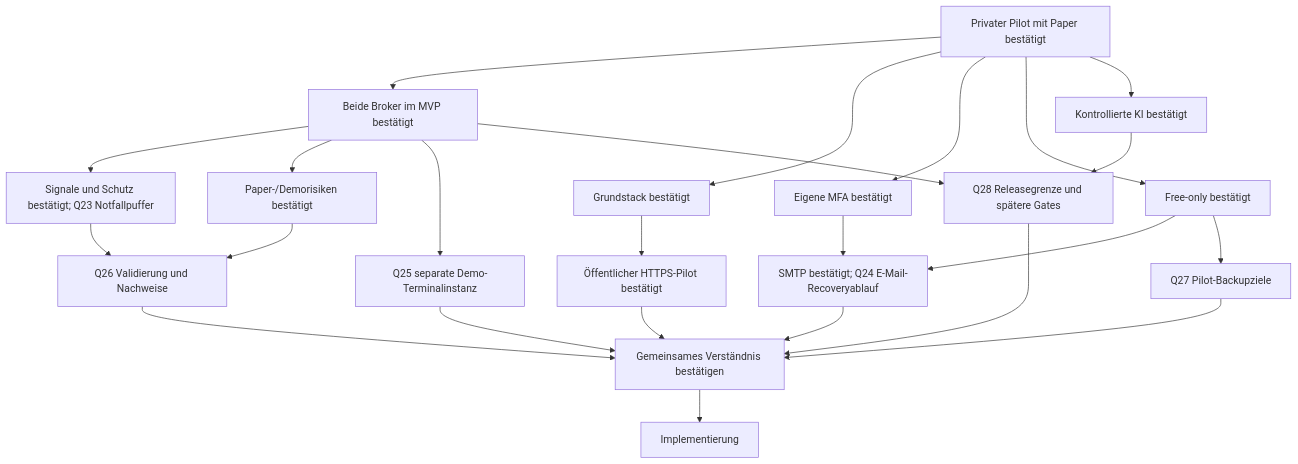
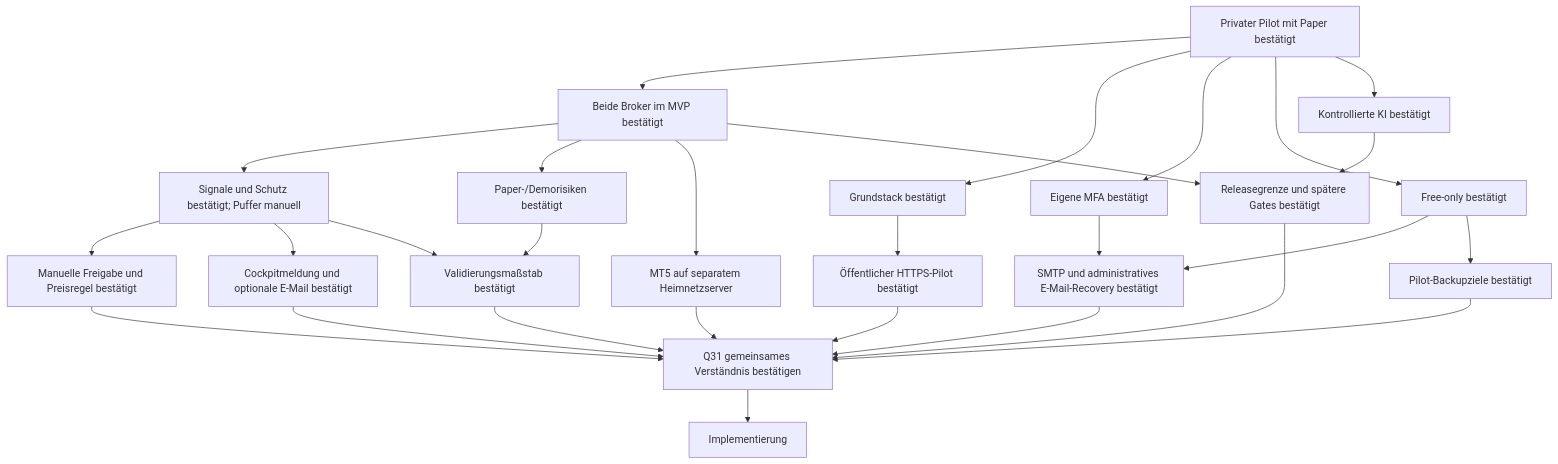
One commit to cadm-balzer/Investalo_Trading-Platform changed the diagram in docs/interview.md. Above: the diagram before and after it, drawn with Mermaid. The commit also changed other lines of this file and 25 other files, not shown here.

````diff
--- a/docs/interview.md
+++ b/docs/interview.md
@@ -95,26 +124,30 @@
 ```mermaid
 flowchart TD
   ROOT[Privater Pilot mit Paper bestätigt] --> MARKET[Beide Broker im MVP bestätigt]
   ROOT --> STACK[Grundstack bestätigt]
   ROOT --> LOGIN[Eigene MFA bestätigt]
   ROOT --> COST[Free-only bestätigt]
   ROOT --> AI[Kontrollierte KI bestätigt]
-  MARKET --> RULES[Signale und Schutz bestätigt; Q23 Notfallpuffer]
+  MARKET --> RULES[Signale und Schutz bestätigt; Puffer manuell]
+  RULES --> MANUAL[Manuelle Freigabe und Preisregel bestätigt]
+  RULES --> ALERT[Cockpitmeldung und optionale E-Mail bestätigt]
   MARKET --> ACCOUNT[Paper-/Demorisiken bestätigt]
-  RULES --> VALID[Q26 Validierung und Nachweise]
+  RULES --> VALID[Validierungsmaßstab bestätigt]
   ACCOUNT --> VALID
   STACK --> DEPLOY[Öffentlicher HTTPS-Pilot bestätigt]
-  LOGIN --> PROVIDER[SMTP bestätigt; Q24 E-Mail-Recoveryablauf]
+  LOGIN --> PROVIDER[SMTP und administratives E-Mail-Recovery bestätigt]
   COST --> PROVIDER
-  COST --> BACKUP[Q27 Pilot-Backupziele]
-  MARKET --> TERMINAL[Q25 separate Demo-Terminalinstanz]
-  AI --> SCOPE[Q28 Releasegrenze und spätere Gates]
+  COST --> BACKUP[Pilot-Backupziele bestätigt]
+  MARKET --> TERMINAL[MT5 auf separatem Heimnetzserver]
+  AI --> SCOPE[Releasegrenze und spätere Gates bestätigt]
   MARKET --> SCOPE
-  VALID --> AGREEMENT[Gemeinsames Verständnis bestätigen]
+  VALID --> AGREEMENT[Q31 gemeinsames Verständnis bestätigen]
   DEPLOY --> AGREEMENT
   PROVIDER --> AGREEMENT
   BACKUP --> AGREEMENT
   TERMINAL --> AGREEMENT
   SCOPE --> AGREEMENT
+  MANUAL --> AGREEMENT
+  ALERT --> AGREEMENT
   AGREEMENT --> BUILD[Implementierung]
 ```
````
